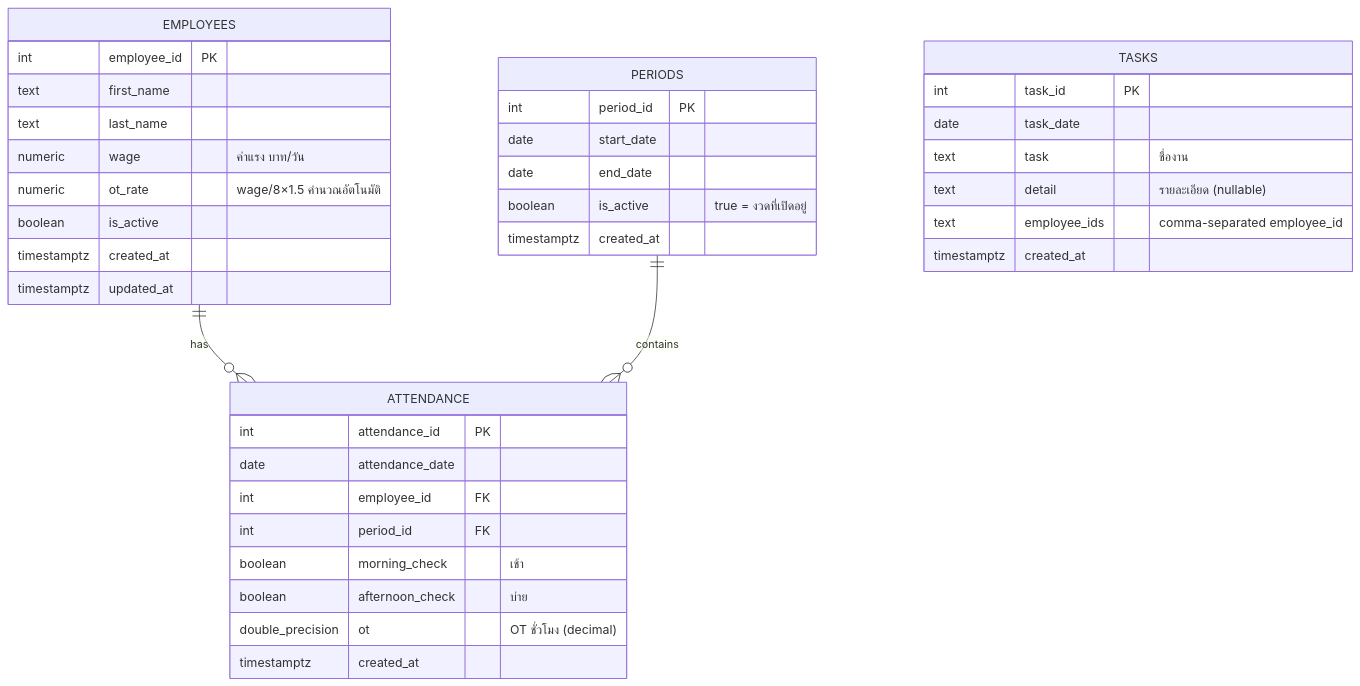
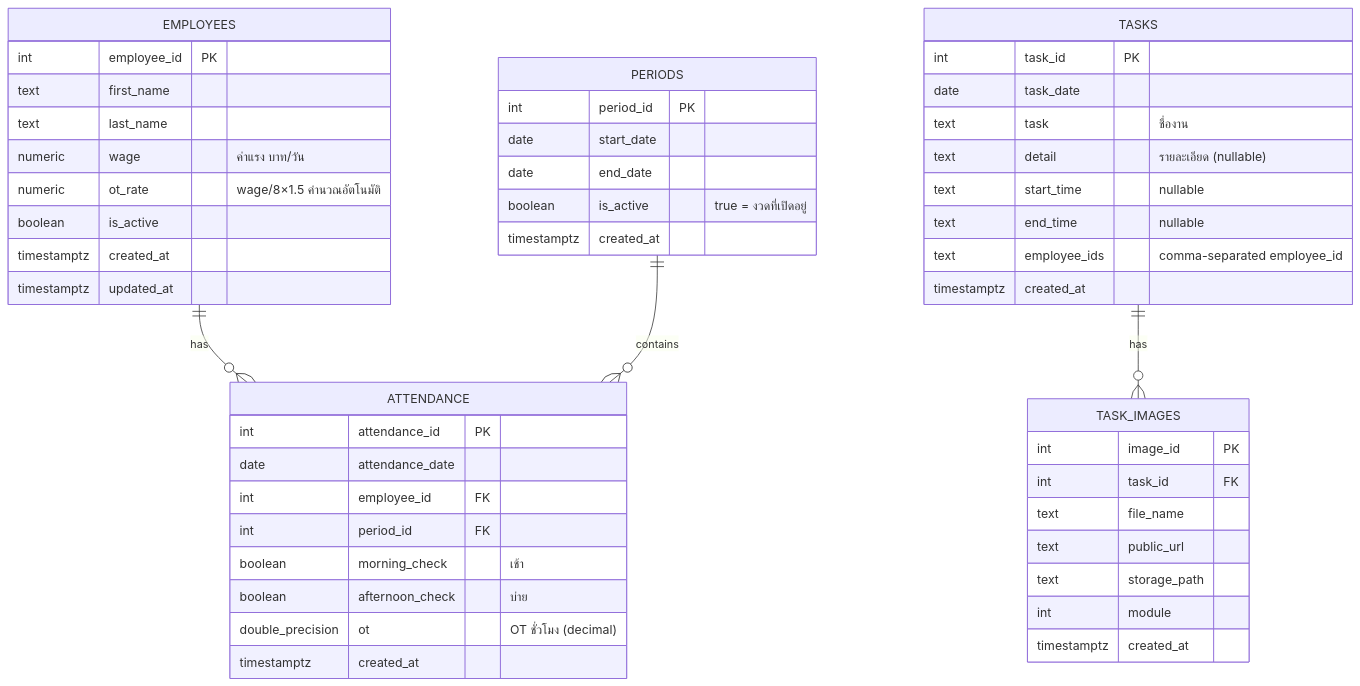
One commit to b33mx/jass changed the first of 3 diagrams in doct/TECH_SPEC.md. Above: the diagram before and after it, drawn with Mermaid. The commit also changed other lines of this file and 5 other files, not shown here.

````diff
--- a/doct/TECH_SPEC.md
+++ b/doct/TECH_SPEC.md
@@ -66,44 +68,57 @@
 ```mermaid
 erDiagram
     EMPLOYEES {
         int employee_id PK
         text first_name
         text last_name
         numeric wage "ค่าแรง บาท/วัน"
         numeric ot_rate "wage/8×1.5 คำนวณอัตโนมัติ"
         boolean is_active
         timestamptz created_at
         timestamptz updated_at
     }
 
     PERIODS {
         int period_id PK
         date start_date
         date end_date
         boolean is_active "true = งวดที่เปิดอยู่"
         timestamptz created_at
     }
 
     ATTENDANCE {
         int attendance_id PK
         date attendance_date
         int employee_id FK
         int period_id FK
         boolean morning_check "เช้า"
         boolean afternoon_check "บ่าย"
         double_precision ot "OT ชั่วโมง (decimal)"
         timestamptz created_at
     }
 
     TASKS {
         int task_id PK
         date task_date
         text task "ชื่องาน"
         text detail "รายละเอียด (nullable)"
+        text start_time "nullable"
+        text end_time "nullable"
         text employee_ids "comma-separated employee_id"
+        timestamptz created_at
+    }
+
+    TASK_IMAGES {
+        int image_id PK
+        int task_id FK
+        text file_name
+        text public_url
+        text storage_path
+        int module
         timestamptz created_at
     }
 
     EMPLOYEES ||--o{ ATTENDANCE : "has"
     PERIODS ||--o{ ATTENDANCE : "contains"
+    TASKS ||--o{ TASK_IMAGES : "has"
 ```
````
